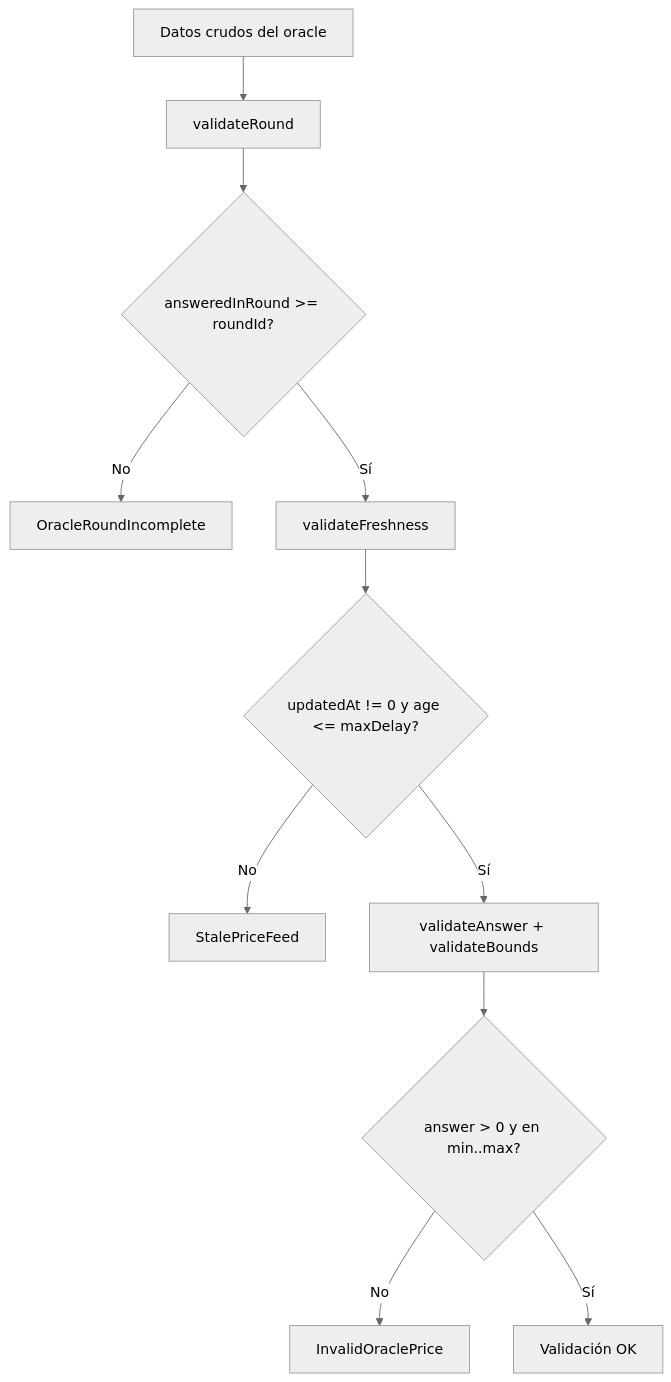
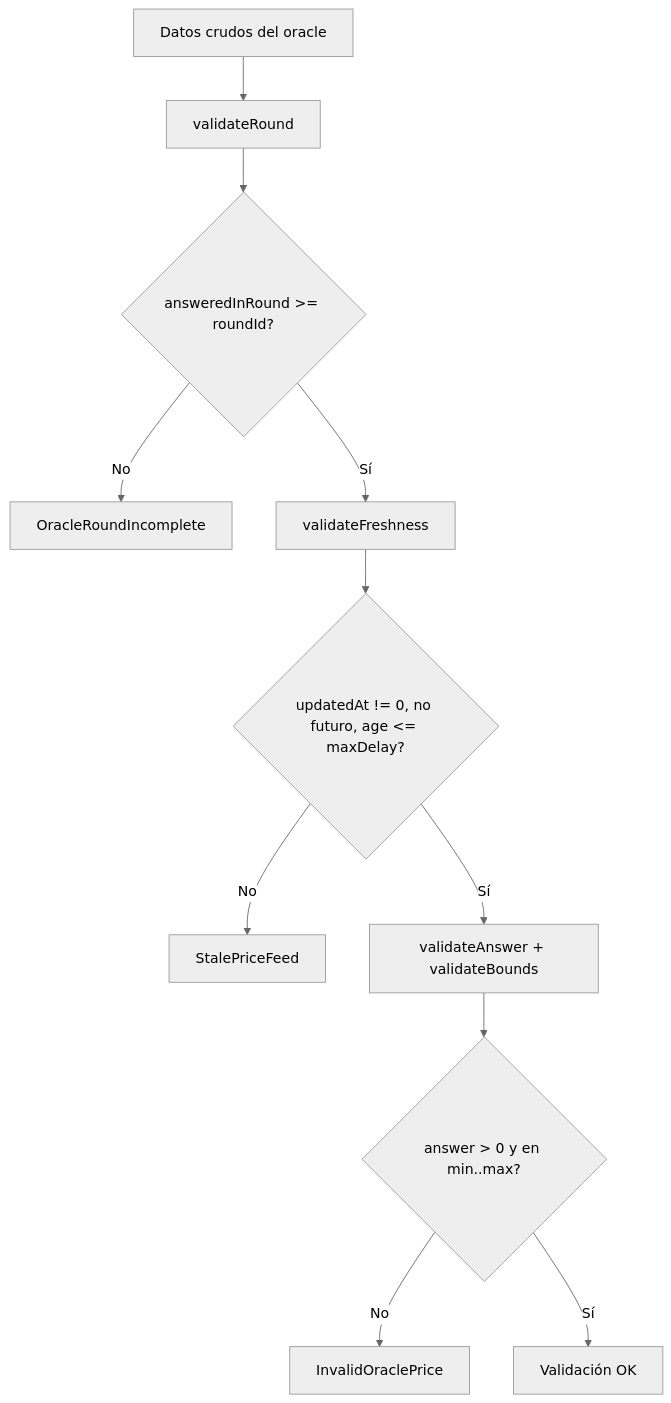
The fourth of 7 diagrams in doc/diagrama-de-flujo.md (rastrahm/decentralized-oracles), drawn with Mermaid (neutral theme) before and after one commit. The commit also changed other lines of this file and 12 other files, not shown here.

````diff
--- a/doc/diagrama-de-flujo.md
+++ b/doc/diagrama-de-flujo.md
@@ -48,13 +69,13 @@
 ```mermaid
 flowchart TD
     A[Datos crudos del oracle] --> B[validateRound]
     B --> C{answeredInRound >= roundId?}
     C -->|No| R1[OracleRoundIncomplete]
     C -->|Sí| D[validateFreshness]
-    D --> E{updatedAt != 0 y age <= maxDelay?}
+    D --> E{updatedAt != 0, no futuro, age <= maxDelay?}
     E -->|No| R2[StalePriceFeed]
     E -->|Sí| F[validateAnswer + validateBounds]
     F --> G{answer > 0 y en min..max?}
     G -->|No| R3[InvalidOraclePrice]
     G -->|Sí| OK[Validación OK]
 ```
````
